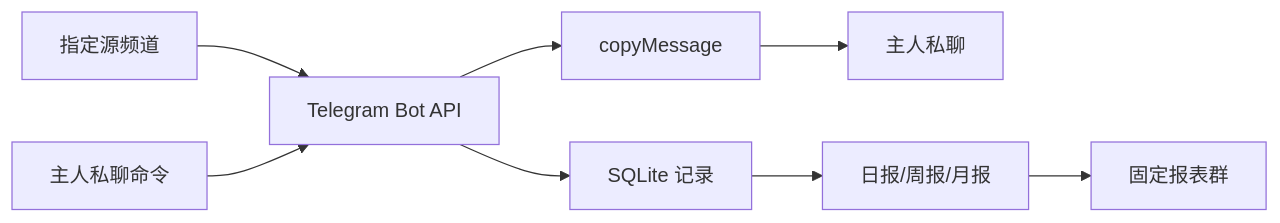
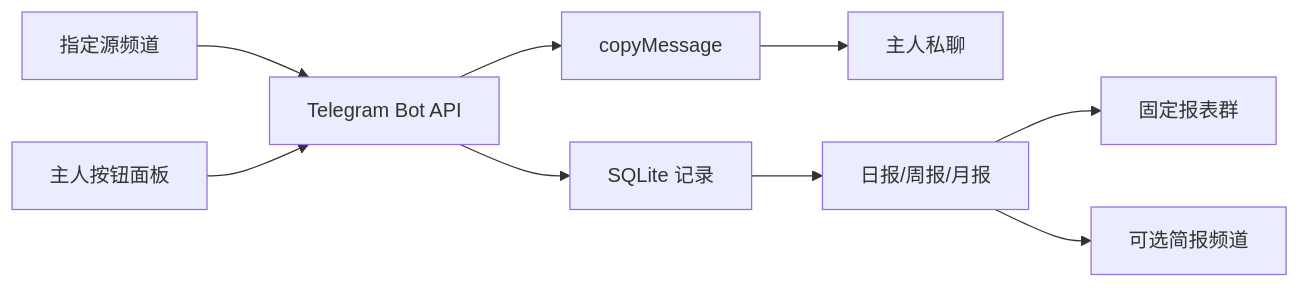
The diagram in README.md (suzijin876-lgtm/slowlink-assistant-bot), drawn with Mermaid before and after one commit. The commit also changed other lines of this file and 21 other files, not shown here.

````diff
--- a/README.md
+++ b/README.md
@@ -43,10 +45,11 @@
 ```mermaid
 flowchart LR
     A[指定源频道] --> B[Telegram Bot API]
     B --> C[copyMessage]
     C --> D[主人私聊]
     B --> E[SQLite 记录]
     E --> F[日报/周报/月报]
     F --> G[固定报表群]
-    H[主人私聊命令] --> B
+    F --> H[可选简报频道]
+    I[主人按钮面板] --> B
 ```
````
